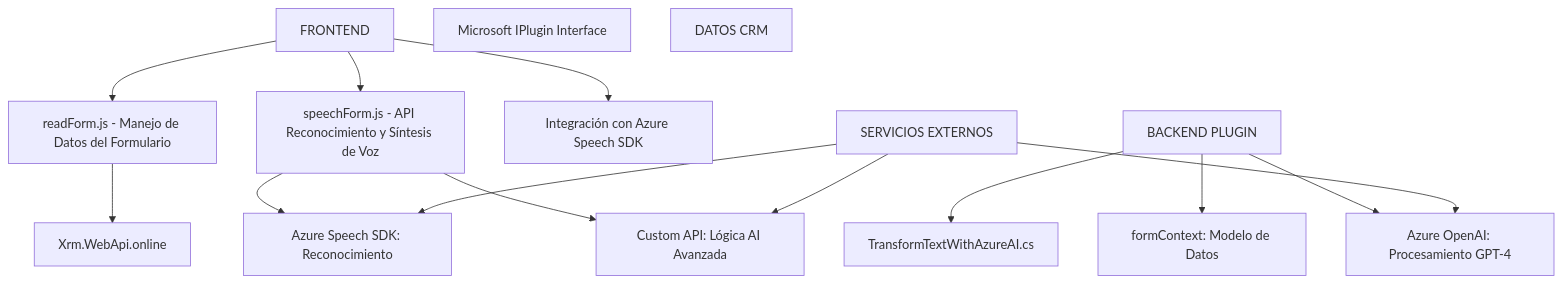
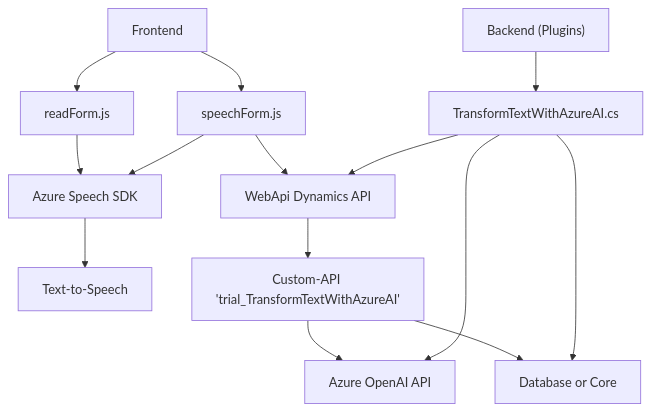
One commit to blopezdm/NETCORE_BILBAO2025 changed the diagram in README.md. Above: the diagram before and after it, drawn with Mermaid. The commit also changed other lines of this file, not shown here.

Commit message:
Actualizar análisis global de la solución con IA

````diff
--- a/README.md
+++ b/README.md
@@ -53,34 +45,16 @@
 ```mermaid
 graph TD
-    A["FRONTEND"]
-    A1["readForm.js - Manejo de Datos del Formulario"]
-    A2["speechForm.js - API Reconocimiento y Síntesis de Voz"]
-    A3["Integración con Azure Speech SDK"]
-
-    B["BACKEND PLUGIN"]
-    B1["TransformTextWithAzureAI.cs"]
-    B2["Microsoft IPlugin Interface"]
-
-    C["SERVICIOS EXTERNOS"]
-    C1["Azure Speech SDK: Reconocimiento"]
-    C2["Azure OpenAI: Procesamiento GPT-4"]
-    C3["Custom API: Lógica AI Avanzada"]
-
-    D["DATOS CRM"]
-    D1["Xrm.WebApi.online"]
-    D2["formContext: Modelo de Datos"]
-    
-    %% Relaciones
-    A --> A1
-    A --> A2
-    A --> A3
-    A1 --> D1
-    A2 --> C1
-    A2 --> C3
-    B --> B1
-    B --> D2
-    B --> C2
-    C --> C1
-    C --> C2
-    C --> C3
+    A["Frontend"] --> B["readForm.js"]
+    A --> C["speechForm.js"]
+    B --> D["Azure Speech SDK"]
+    C --> D
+    C --> E["WebApi Dynamics API"]
+    D --> F["Text-to-Speech"]
+    E --> G["Custom-API 'trial_TransformTextWithAzureAI'"]
+    G --> H["Azure OpenAI API"]
+    G --> I["Database or Core"]
+    J["Backend (Plugins)"] --> K["TransformTextWithAzureAI.cs"]
+    K --> H
+    K --> I
+    K --> E
 ```
````
